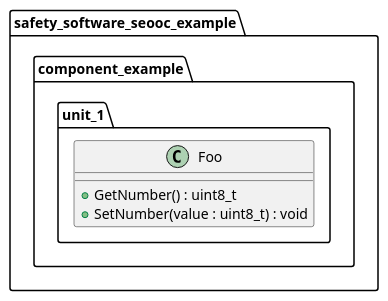
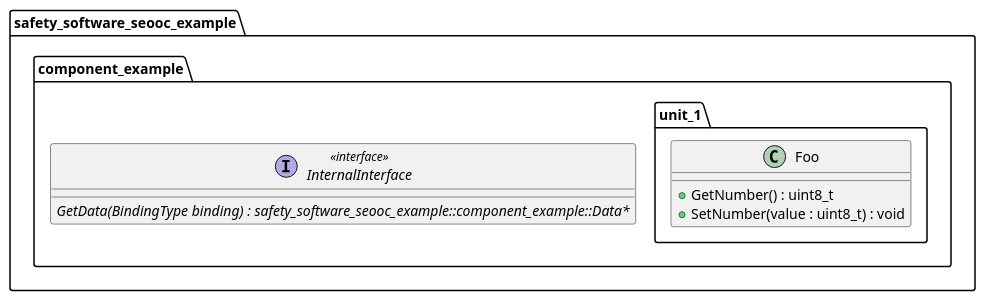
The diagram in bazel/rules/rules_score/examples/seooc/unit_1/docs/unit_1_class_diagram.puml (eclipse-score/tooling), drawn with PlantUML before and after one commit. The commit also changed 32 other files, not shown here.

Commit message:
add architectural unit InternalInterface

```diff
--- a/bazel/rules/rules_score/examples/seooc/unit_1/docs/unit_1_class_diagram.puml
+++ b/bazel/rules/rules_score/examples/seooc/unit_1/docs/unit_1_class_diagram.puml
@@ -14,15 +14,19 @@
 @startuml unit_1_class_diagram
 
 namespace safety_software_seooc_example {
     namespace component_example {
+        interface InternalInterface <<interface>> {
+            {abstract} GetData(BindingType binding) : safety_software_seooc_example::component_example::Data*
+        }
+
         namespace unit_1 {
             class Foo {
 
                 + GetNumber() : uint8_t
                 + SetNumber(value : uint8_t) : void
             }
         }
     }
 }
 
 @enduml
```
